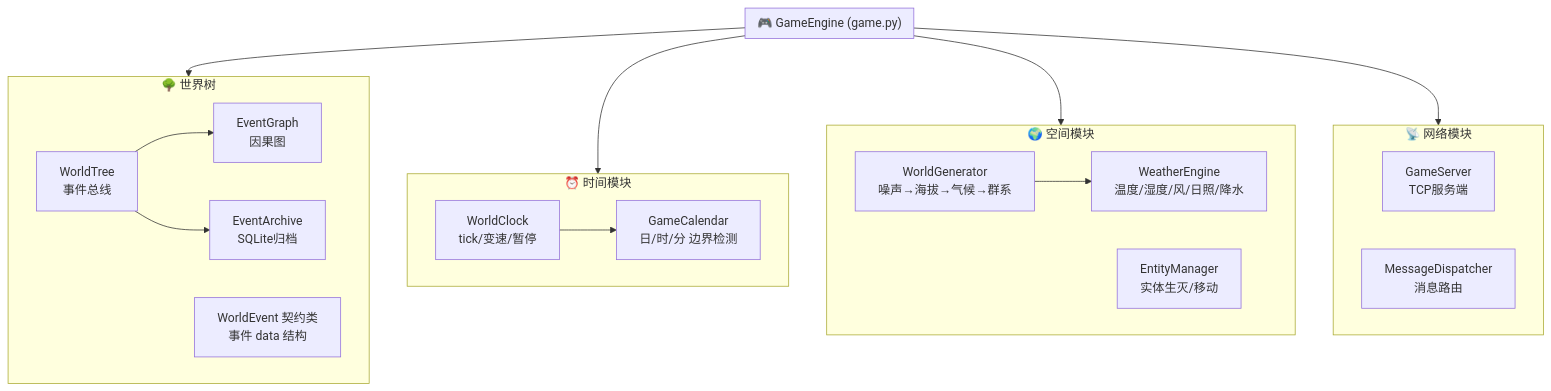
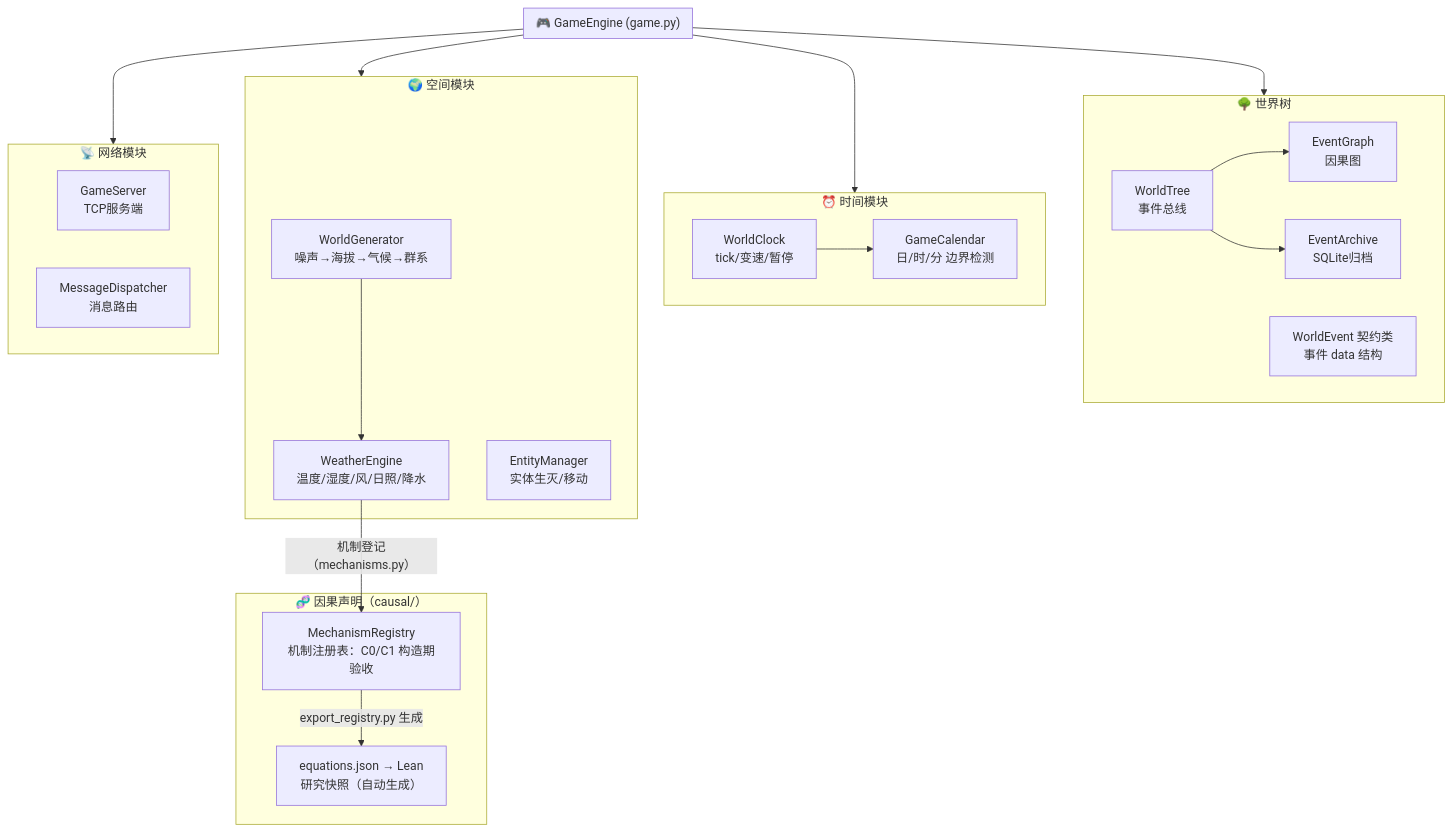
One commit to Jedidiah-Zhang/Ascend changed the first of 6 diagrams in docs/diagrams/architecture.md. Above: the diagram before and after it, drawn with Mermaid. The commit also changed 30 other files, not shown here.

````diff
--- a/docs/diagrams/architecture.md
+++ b/docs/diagrams/architecture.md
@@ -5,39 +5,46 @@
 ```mermaid
 graph TD
     subgraph GameEngine["🎮 GameEngine (game.py)"]
         direction LR
     end
 
     subgraph WorldTree["🌳 世界树"]
         WT_Tree["WorldTree<br/>事件总线"]
         WT_Graph["EventGraph<br/>因果图"]
         WT_Archive["EventArchive<br/>SQLite归档"]
         WT_Contract["WorldEvent 契约类<br/>事件 data 结构"]
     end
 
     subgraph Time["⏰ 时间模块"]
         CLK["WorldClock<br/>tick/变速/暂停"]
         CAL["GameCalendar<br/>日/时/分 边界检测"]
     end
 
     subgraph Space["🌍 空间模块"]
         GEN["WorldGenerator<br/>噪声→海拔→气候→群系"]
         WEA["WeatherEngine<br/>温度/湿度/风/日照/降水"]
         ENT["EntityManager<br/>实体生灭/移动"]
     end
 
+    subgraph Causal["🧬 因果声明（causal/）"]
+        REG["MechanismRegistry<br/>机制注册表：C0/C1 构造期验收"]
+        SNAP["equations.json → Lean<br/>研究快照（自动生成）"]
+    end
+
     subgraph Net["📡 网络模块"]
         SRV["GameServer<br/>TCP服务端"]
         DISP["MessageDispatcher<br/>消息路由"]
     end
 
     WT_Tree --> WT_Graph
     WT_Tree --> WT_Archive
     CLK --> CAL
     GEN --> WEA
+    WEA -->|"机制登记（mechanisms.py）"| REG
+    REG -->|"export_registry.py 生成"| SNAP
 
     GameEngine --> WorldTree
     GameEngine --> Time
     GameEngine --> Space
     GameEngine --> Net
 ```
````
